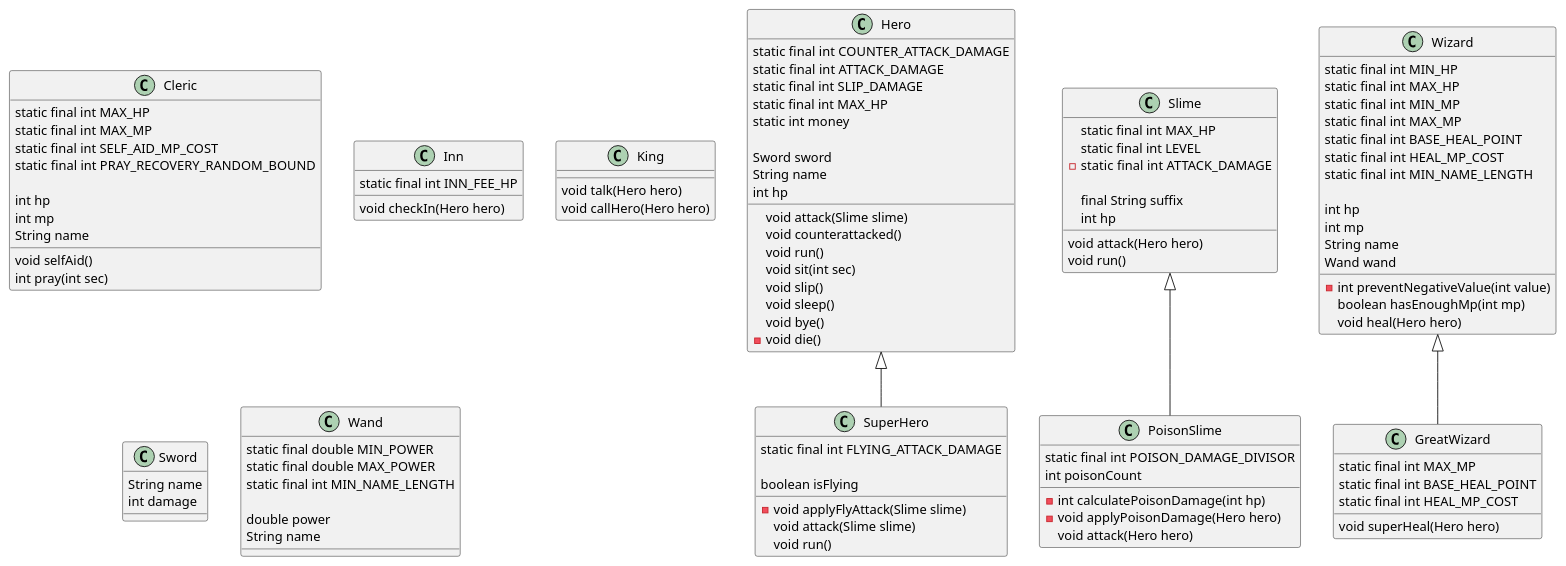
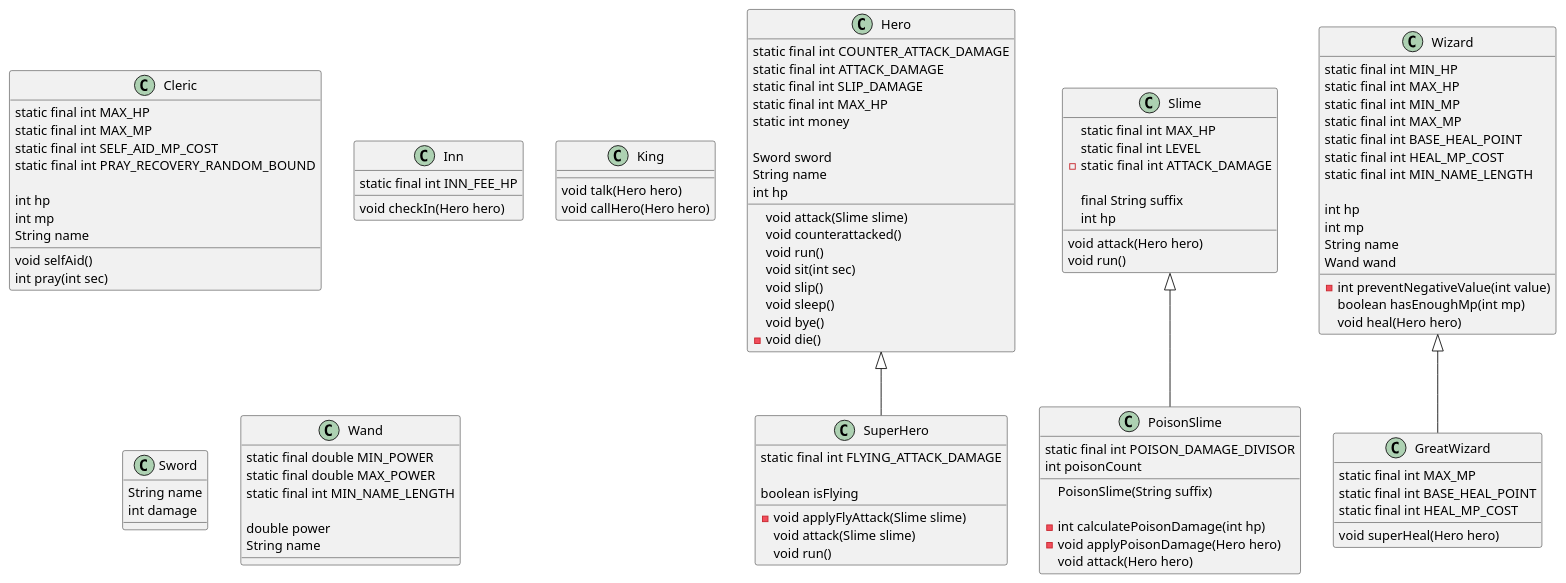
One commit to SurvivalCodingCampus/gangnam3-java-oop changed the diagram in docs/game.puml. Above: the diagram before and after it, drawn with PlantUML.

Commit message:
docs: feat: PoisonSlime의 매개변수 있는 생성자 추가

```diff
--- a/docs/game.puml
+++ b/docs/game.puml
@@ -1,121 +1,123 @@
 @startuml
 
 class Cleric {
 static final int MAX_HP
 static final int MAX_MP
 static final int SELF_AID_MP_COST
 static final int PRAY_RECOVERY_RANDOM_BOUND
 
 int hp
 int mp
 String name
 
 void selfAid()
 int pray(int sec)
 }
 
 class Hero {
 static final int COUNTER_ATTACK_DAMAGE
 static final int ATTACK_DAMAGE
 static final int SLIP_DAMAGE
 static final int MAX_HP
 static int money
 
 Sword sword
 String name
 int hp
 
 void attack(Slime slime)
 void counterattacked()
 void run()
 void sit(int sec)
 void slip()
 void sleep()
 void bye()
 - void die()
 }
 
 class SuperHero extends Hero {
 static final int FLYING_ATTACK_DAMAGE
 
 boolean isFlying
 
 - void applyFlyAttack(Slime slime)
 void attack(Slime slime)
 void run()
 }
 
 class Inn {
 static final int INN_FEE_HP
 
 void checkIn(Hero hero)
 }
 
 class King {
 void talk(Hero hero)
 void callHero(Hero hero)
 }
 
 class Slime {
 static final int MAX_HP
 static final int LEVEL
 - static final int ATTACK_DAMAGE
 
 final String suffix
 int hp
 
 void attack(Hero hero)
 void run()
 }
 
 class PoisonSlime extends Slime {
 static final int POISON_DAMAGE_DIVISOR
 int poisonCount
 
+PoisonSlime(String suffix)
+
 - int calculatePoisonDamage(int hp)
 - void applyPoisonDamage(Hero hero)
 void attack(Hero hero)
 }
 
 class Sword {
 String name
 int damage
 }
 
 class Wand {
 static final double MIN_POWER
 static final double MAX_POWER
 static final int MIN_NAME_LENGTH
 
 double power
 String name
 }
 
 class Wizard {
 static final int MIN_HP
 static final int MAX_HP
 static final int MIN_MP
 static final int MAX_MP
 static final int BASE_HEAL_POINT
 static final int HEAL_MP_COST
 static final int MIN_NAME_LENGTH
 
 int hp
 int mp
 String name
 Wand wand
 
 - int preventNegativeValue(int value)
 boolean hasEnoughMp(int mp)
 void heal(Hero hero)
 }
 
 class GreatWizard extends Wizard {
 static final int MAX_MP
 static final int BASE_HEAL_POINT
 static final int HEAL_MP_COST
 
 void superHeal(Hero hero)
 }
 
 @enduml
```
